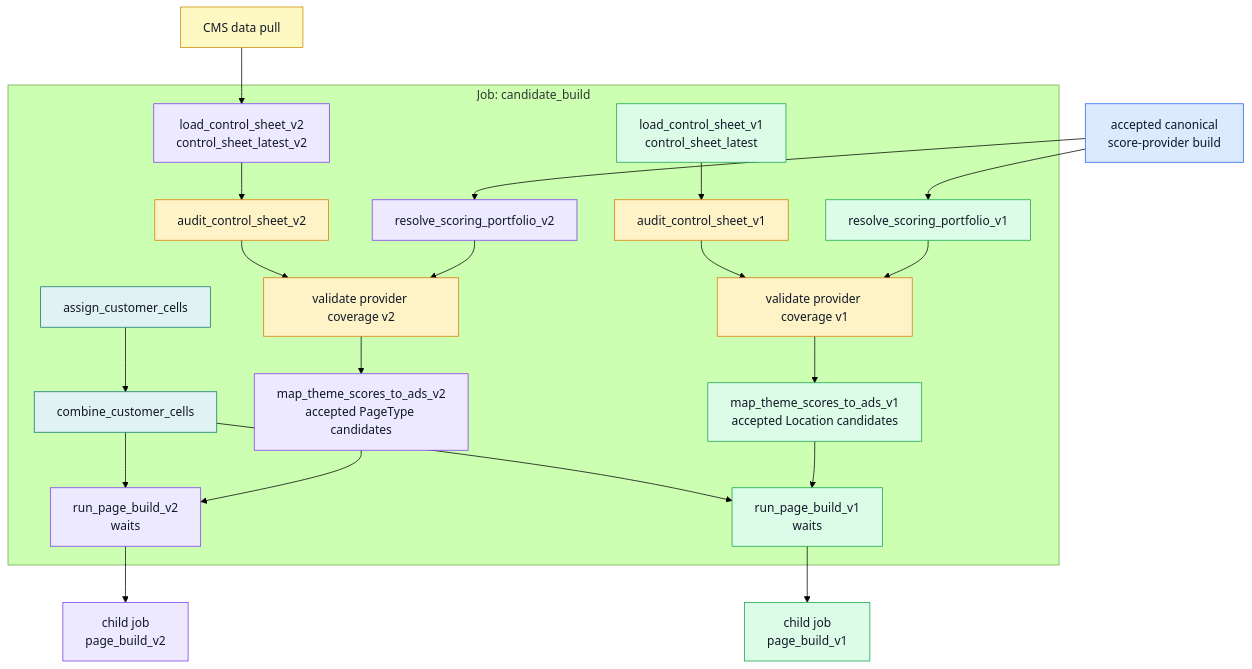
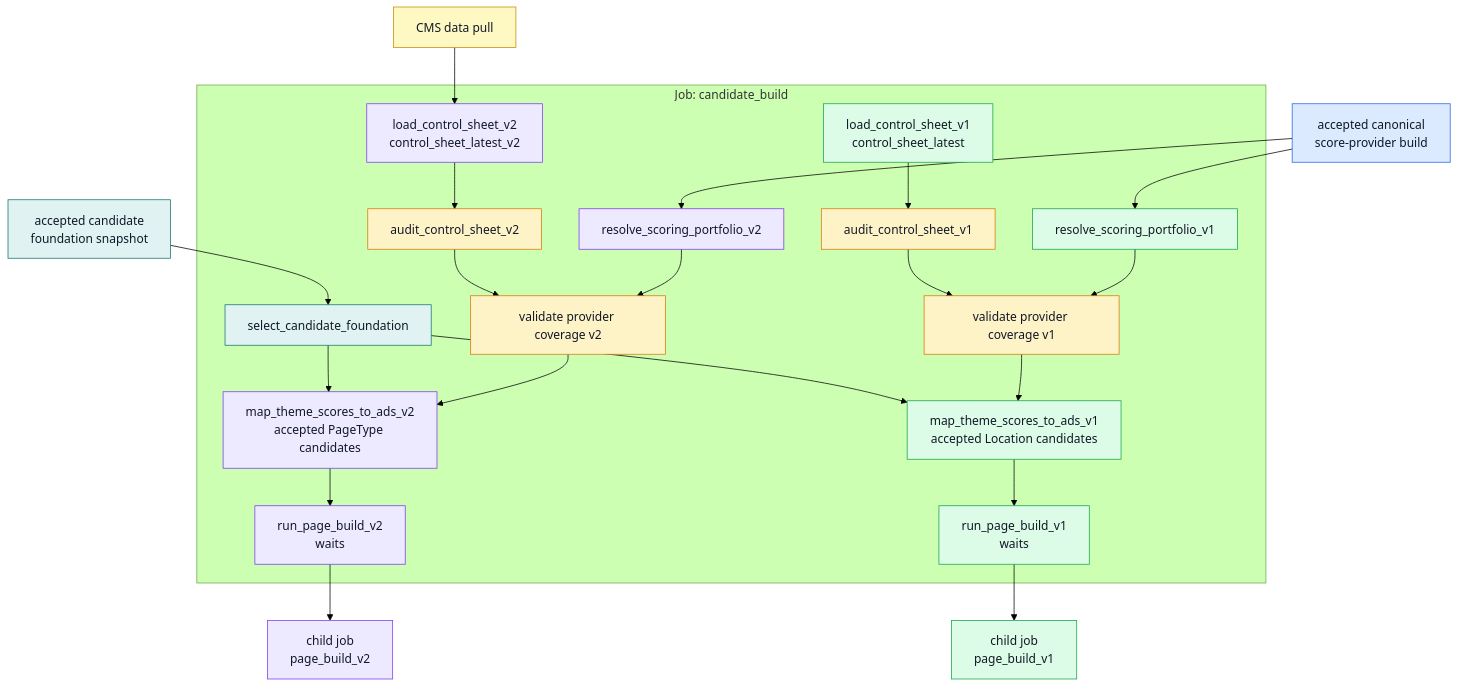
One commit to swblain-glyndwr/personal_project changed the third of 8 diagrams in docs/CICD/nextads_databricks_runtime_map.md. Above: the diagram before and after it, drawn with Mermaid (forest theme). The commit also changed other lines of this file, not shown here.

Commit message:
Document modular atomic runtime flow

````diff
--- a/docs/CICD/nextads_databricks_runtime_map.md
+++ b/docs/CICD/nextads_databricks_runtime_map.md
@@ -74,47 +238,47 @@
 ```mermaid
 flowchart TD
   classDef sharedModel fill:#dbeafe,stroke:#2563eb,color:#111827
   classDef sharedTask fill:#e0f2f1,stroke:#0f766e,color:#111827
   classDef v1 fill:#dcfce7,stroke:#16a34a,color:#111827
   classDef v2 fill:#ede9fe,stroke:#7c3aed,color:#111827
   classDef guardrail fill:#fef3c7,stroke:#d97706,color:#111827
   classDef external fill:#fef9c3,stroke:#ca8a04,color:#111827
 
   provider_build["accepted canonical<br/>score-provider build"]:::sharedModel
+  foundation_build["accepted candidate<br/>foundation snapshot"]:::sharedTask
   cms_pull["CMS data pull"]:::external
 
   subgraph CANDIDATE_JOB["Job: candidate_build"]
-    assign_customer_cells["assign_customer_cells"]:::sharedTask
-    combine_customer_cells["combine_customer_cells"]:::sharedTask
+    select_candidate_foundation["select_candidate_foundation"]:::sharedTask
     load_control_sheet_v1["load_control_sheet_v1<br/>control_sheet_latest"]:::v1
     audit_control_sheet_v1["audit_control_sheet_v1"]:::guardrail
     load_control_sheet_v2["load_control_sheet_v2<br/>control_sheet_latest_v2"]:::v2
     audit_control_sheet_v2["audit_control_sheet_v2"]:::guardrail
     select_provider_v1["resolve_scoring_portfolio_v1"]:::v1
     select_provider_v2["resolve_scoring_portfolio_v2"]:::v2
     validate_provider_coverage_v1["validate provider coverage v1"]:::guardrail
     validate_provider_coverage_v2["validate provider coverage v2"]:::guardrail
     map_theme_scores_to_ads_v1["map_theme_scores_to_ads_v1<br/>accepted Location candidates"]:::v1
     map_theme_scores_to_ads_v2["map_theme_scores_to_ads_v2<br/>accepted PageType candidates"]:::v2
     run_page_build_v1["run_page_build_v1<br/>waits"]:::v1
     run_page_build_v2["run_page_build_v2<br/>waits"]:::v2
   end
 
-  assign_customer_cells --> combine_customer_cells
+  foundation_build --> select_candidate_foundation
   load_control_sheet_v1 --> audit_control_sheet_v1
   cms_pull --> load_control_sheet_v2 --> audit_control_sheet_v2
   provider_build --> select_provider_v1
   provider_build --> select_provider_v2
   audit_control_sheet_v1 --> validate_provider_coverage_v1
   select_provider_v1 --> validate_provider_coverage_v1
   audit_control_sheet_v2 --> validate_provider_coverage_v2
   select_provider_v2 --> validate_provider_coverage_v2
+  select_candidate_foundation --> map_theme_scores_to_ads_v1
+  select_candidate_foundation --> map_theme_scores_to_ads_v2
   validate_provider_coverage_v1 --> map_theme_scores_to_ads_v1
   validate_provider_coverage_v2 --> map_theme_scores_to_ads_v2
-  combine_customer_cells --> run_page_build_v1
   map_theme_scores_to_ads_v1 --> run_page_build_v1
-  combine_customer_cells --> run_page_build_v2
   map_theme_scores_to_ads_v2 --> run_page_build_v2
   run_page_build_v1 --> page_build["child job<br/>page_build_v1"]:::v1
   run_page_build_v2 --> page_build_v2["child job<br/>page_build_v2"]:::v2
 ```
````
